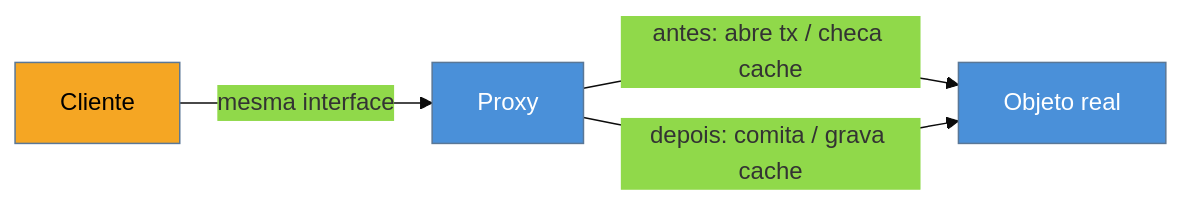
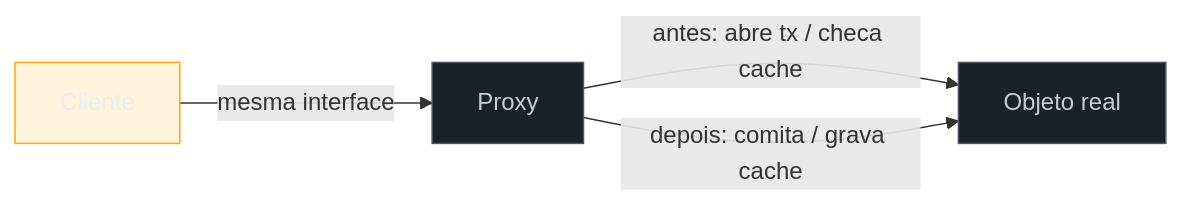
One commit to josenaldo/codex-technomanticus changed the diagram in 03-Dominios/Engenharia/Design de Software/Padrões de Projeto/Clássicos (GoF)/10 - Proxy.md. Above: the diagram before and after it, drawn with Mermaid. The commit also changed 1181 other files, not shown here.

First line of the commit message:
fix(diagramas): paleta do sistema no lugar de cor cravada no markdown

````diff
--- a/03-Dominios/Engenharia/Design de Software/Padrões de Projeto/Clássicos (GoF)/10 - Proxy.md
+++ b/03-Dominios/Engenharia/Design de Software/Padrões de Projeto/Clássicos (GoF)/10 - Proxy.md
@@ -34,11 +34,12 @@
 ```mermaid
-%%{init: {"theme": "base", "themeVariables": {"primaryColor": "#4A90D9"}}}%%
 graph LR
+    classDef neutro fill:#1B2029,stroke:#4E5666,color:#C6CCD8
+    classDef destaque fill:#FFAA0024,stroke:#FFAA00,color:#E9ECF2
     C[Cliente] -->|mesma interface| P[Proxy]
     P -->|"antes: abre tx / checa cache"| R[Objeto real]
     P -->|"depois: comita / grava cache"| R
 
-    style P fill:#4A90D9,color:#fff
-    style R fill:#4A90D9,color:#fff
-    style C fill:#F5A623,color:#000
+    class P neutro
+    class R neutro
+    class C destaque
 ```
````
